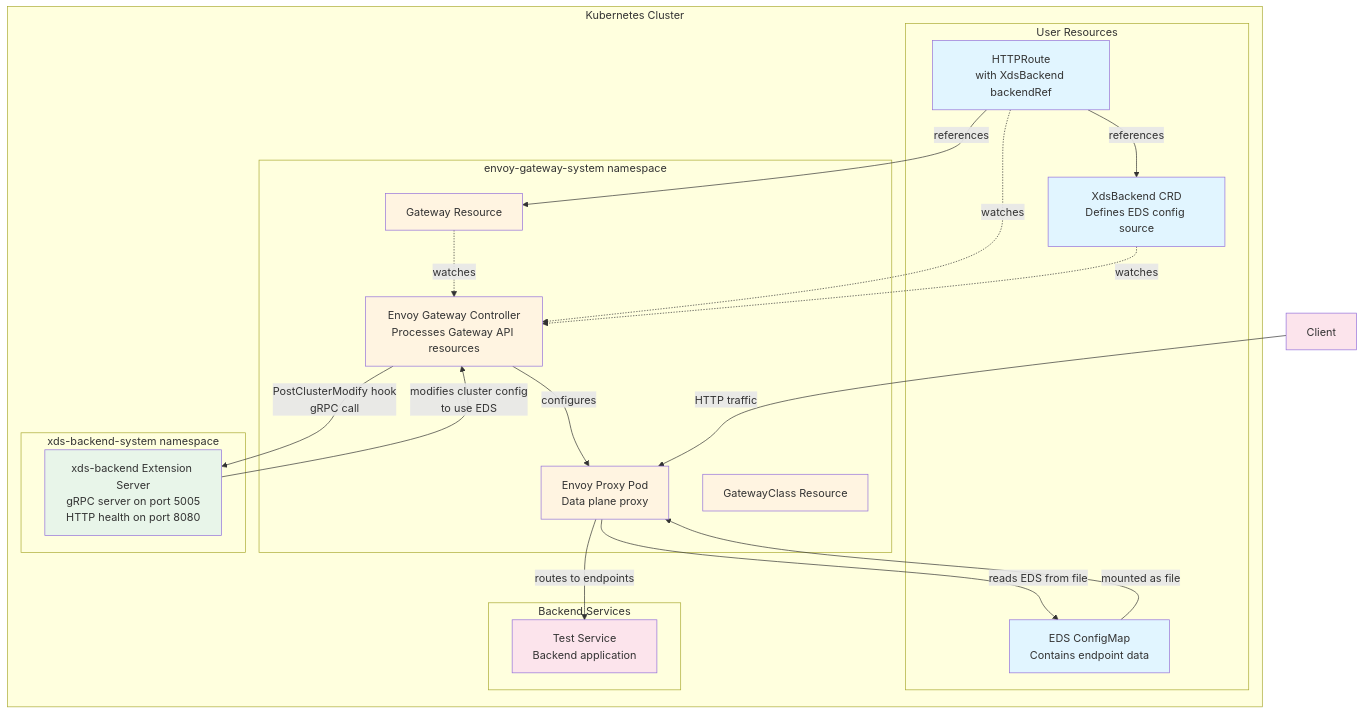
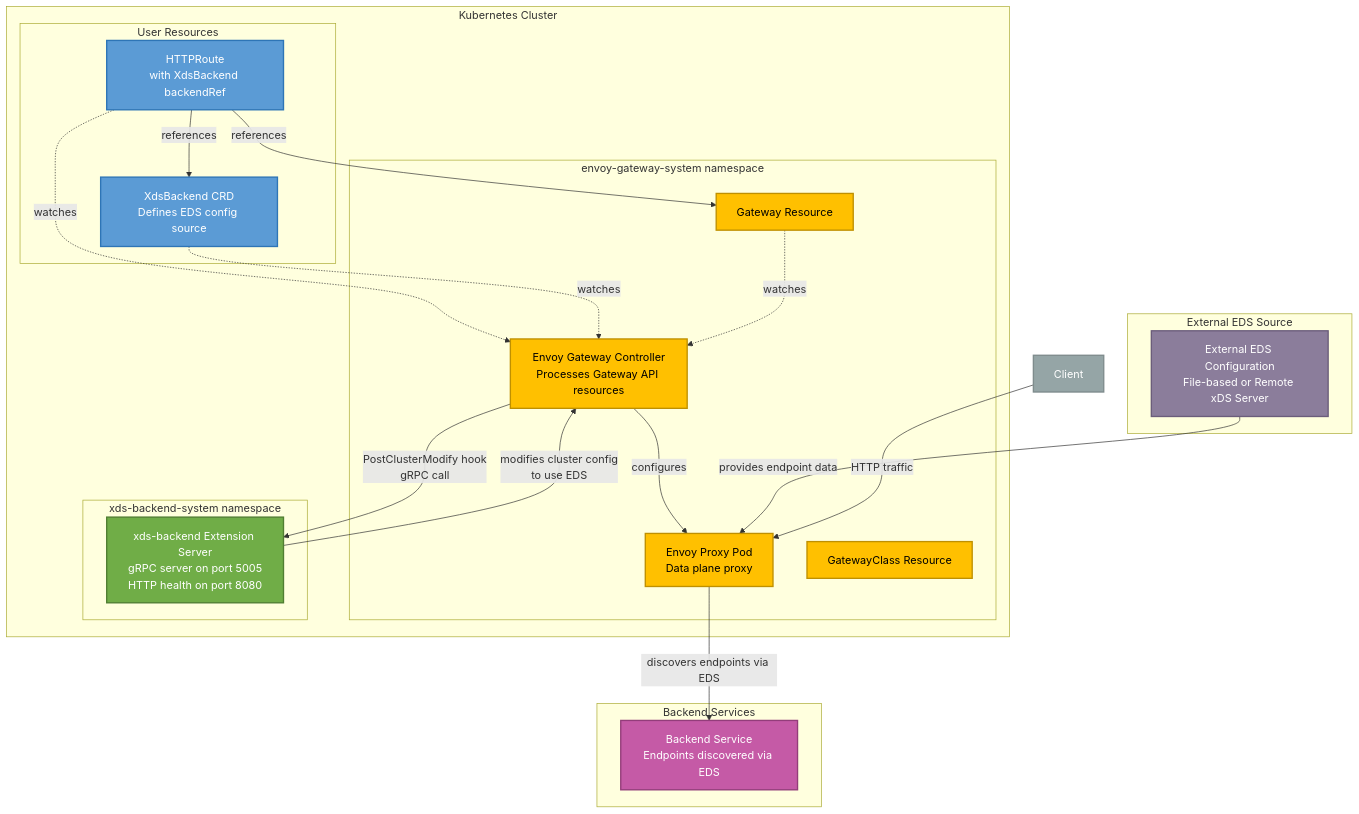
Before and after one commit to wtzhang23/xds-backend: the diagram in README.md, drawn with Mermaid. The commit also changed other lines of this file, not shown here.

Commit message:
update diagram

````diff
--- a/README.md
+++ b/README.md
@@ -14,58 +14,66 @@
 ```mermaid
 graph TB
     subgraph "Kubernetes Cluster"
         subgraph "User Resources"
             HTTPRoute[HTTPRoute<br/>with XdsBackend backendRef]
             XdsBackend[XdsBackend CRD<br/>Defines EDS config source]
-            EDSConfigMap[EDS ConfigMap<br/>Contains endpoint data]
         end
 
         subgraph "envoy-gateway-system namespace"
             EGController[Envoy Gateway Controller<br/>Processes Gateway API resources]
             EnvoyProxy[Envoy Proxy Pod<br/>Data plane proxy]
             Gateway[Gateway Resource]
             GatewayClass[GatewayClass Resource]
         end
 
         subgraph "xds-backend-system namespace"
             ExtensionServer[xds-backend Extension Server<br/>gRPC server on port 5005<br/>HTTP health on port 8080]
         end
+    end
 
-        subgraph "Backend Services"
-            TestService[Test Service<br/>Backend application]
-        end
+    subgraph "External EDS Source"
+        ExternalEDS[External EDS Configuration<br/>File-based or Remote xDS Server]
     end
+
+    subgraph "Backend Services"
+        BackendService[Backend Service<br/>Endpoints discovered via EDS]
+    end
+
+    Client[Client]
 
     %% User creates resources
     HTTPRoute -->|references| XdsBackend
     HTTPRoute -->|references| Gateway
     
     %% Envoy Gateway processing flow
     HTTPRoute -.->|watches| EGController
     XdsBackend -.->|watches| EGController
     Gateway -.->|watches| EGController
     
     %% Extension server hook
     EGController -->|PostClusterModify hook<br/>gRPC call| ExtensionServer
     ExtensionServer -->|modifies cluster config<br/>to use EDS| EGController
     
     %% Envoy configuration
     EGController -->|configures| EnvoyProxy
-    EDSConfigMap -->|mounted as file| EnvoyProxy
+    ExternalEDS -->|provides endpoint data| EnvoyProxy
     
     %% Traffic flow
-    Client[Client] -->|HTTP traffic| EnvoyProxy
-    EnvoyProxy -->|reads EDS from file| EDSConfigMap
-    EnvoyProxy -->|routes to endpoints| TestService
+    Client -->|HTTP traffic| EnvoyProxy
+    EnvoyProxy -->|discovers endpoints via EDS| BackendService
     
-    %% Styling
-    classDef userResource fill:#e1f5ff
-    classDef systemComponent fill:#fff4e1
-    classDef extension fill:#e8f5e9
-    classDef backend fill:#fce4ec
+    %% Styling - colors optimized for both light and dark modes
+    classDef userResource fill:#5b9bd5,stroke:#2e75b6,stroke-width:2px,color:#fff
+    classDef systemComponent fill:#ffc000,stroke:#bf9000,stroke-width:2px,color:#000
+    classDef extension fill:#70ad47,stroke:#507e32,stroke-width:2px,color:#fff
+    classDef external fill:#8b7d9b,stroke:#6b5d7b,stroke-width:2px,color:#fff
+    classDef backend fill:#c55aa6,stroke:#933d7a,stroke-width:2px,color:#fff
+    classDef client fill:#95a5a6,stroke:#7f8c8d,stroke-width:2px,color:#fff
     
-    class HTTPRoute,XdsBackend,EDSConfigMap userResource
+    class HTTPRoute,XdsBackend userResource
     class EGController,EnvoyProxy,Gateway,GatewayClass systemComponent
     class ExtensionServer extension
-    class TestService,Client backend
+    class ExternalEDS external
+    class BackendService backend
+    class Client client
 ```
````
